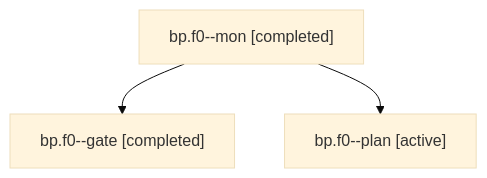
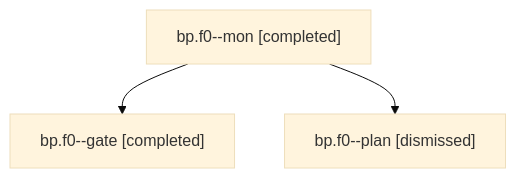
Before and after one commit to bobs-org/bob-cli--agents: the diagram in sessions/bbugyi200.apollo.bp.f0.md, drawn with Mermaid (base theme). The commit also changed other lines of this file and 17 other files, not shown here.

````diff
--- a/sessions/bbugyi200.apollo.bp.f0.md
+++ b/sessions/bbugyi200.apollo.bp.f0.md
@@ -9,8 +9,8 @@
 ```mermaid
 flowchart TD
   n0["bp.f0--mon [completed]"]
   n1["bp.f0--gate [completed]"]
   n0 --> n1
-  n2["bp.f0--plan [active]"]
+  n2["bp.f0--plan [dismissed]"]
   n0 --> n2
 ```
````
